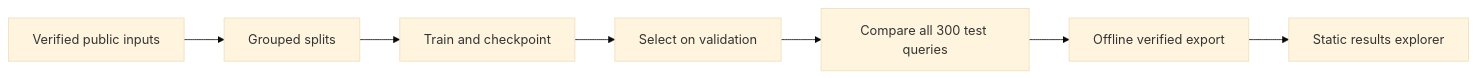
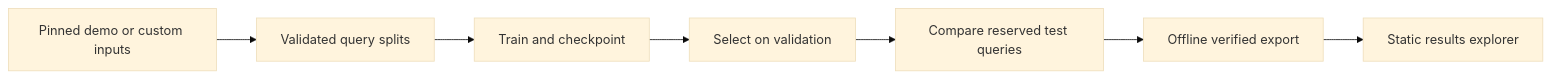
The diagram in README.md (shayanxcyber/rank-lab), drawn with Mermaid (base theme) before and after one commit. The commit also changed other lines of this file and 29 other files, not shown here.

````diff
--- a/README.md
+++ b/README.md
@@ -79,9 +84,9 @@
 ```mermaid
 flowchart LR
-    A[Verified public inputs] --> B[Grouped splits]
+    A[Pinned demo or custom inputs] --> B[Validated query splits]
     B --> C[Train and checkpoint]
     C --> D[Select on validation]
-    D --> E[Compare all 300 test queries]
+    D --> E[Compare reserved test queries]
     E --> F[Offline verified export]
     F --> G[Static results explorer]
 ```
````
